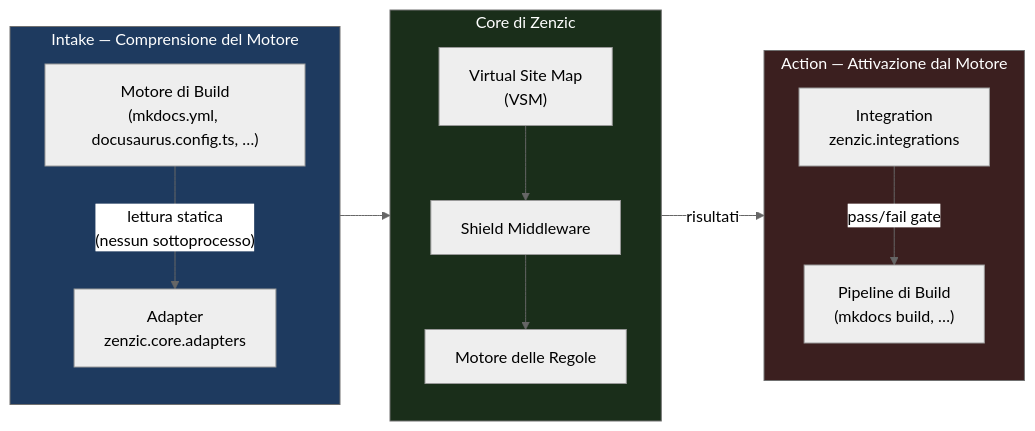
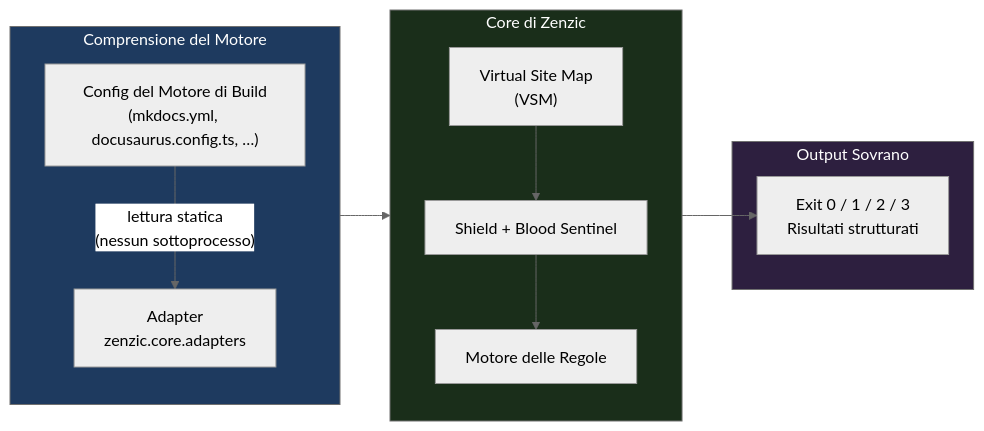
One commit to PythonWoods/zenzic-doc changed the diagram in i18n/it/docusaurus-plugin-content-docs/current/explanation/ecosystem.mdx. Above: the diagram before and after it, drawn with Mermaid (neutral theme). The commit also changed other lines of this file and 291 other files, not shown here.

````diff
--- a/i18n/it/docusaurus-plugin-content-docs/current/explanation/ecosystem.mdx
+++ b/i18n/it/docusaurus-plugin-content-docs/current/explanation/ecosystem.mdx
@@ -25,31 +26,28 @@
 ```mermaid
 flowchart LR
-    subgraph INTAKE ["Intake — Comprensione del Motore"]
+    subgraph INTAKE ["Comprensione del Motore"]
         direction TB
-        ENG["Motore di Build\n(mkdocs.yml, docusaurus.config.ts, …)"]
+        ENG["Config del Motore di Build\n(mkdocs.yml, docusaurus.config.ts, …)"]
         ADP["Adapter\nzenzic.core.adapters"]
         ENG -->|"lettura statica\n(nessun sottoprocesso)"| ADP
     end
 
     subgraph CORE ["Core di Zenzic"]
         direction TB
         VSM["Virtual Site Map\n(VSM)"]
-        SHIELD["Shield Middleware"]
+        SHIELD["Shield + Blood Sentinel"]
         RULES["Motore delle Regole"]
         ADP --> VSM
         VSM --> SHIELD
         SHIELD --> RULES
     end
 
-    subgraph ACTION ["Action — Attivazione dal Motore"]
-        direction TB
-        INTG["Integration\nzenzic.integrations"]
-        BUILD["Pipeline di Build\n(mkdocs build, …)"]
-        RULES -->|risultati| INTG
-        INTG -->|pass/fail gate| BUILD
+    subgraph OUT ["Output Sovrano"]
+        EXIT["Exit 0 / 1 / 2 / 3\nRisultati strutturati"]
+        RULES --> EXIT
     end
 
     style INTAKE fill:#1e3a5f,color:#fff
     style CORE fill:#1a2e1a,color:#fff
-    style ACTION fill:#3b1f1f,color:#fff
+    style OUT fill:#2d1f3f,color:#fff
 ```
````
